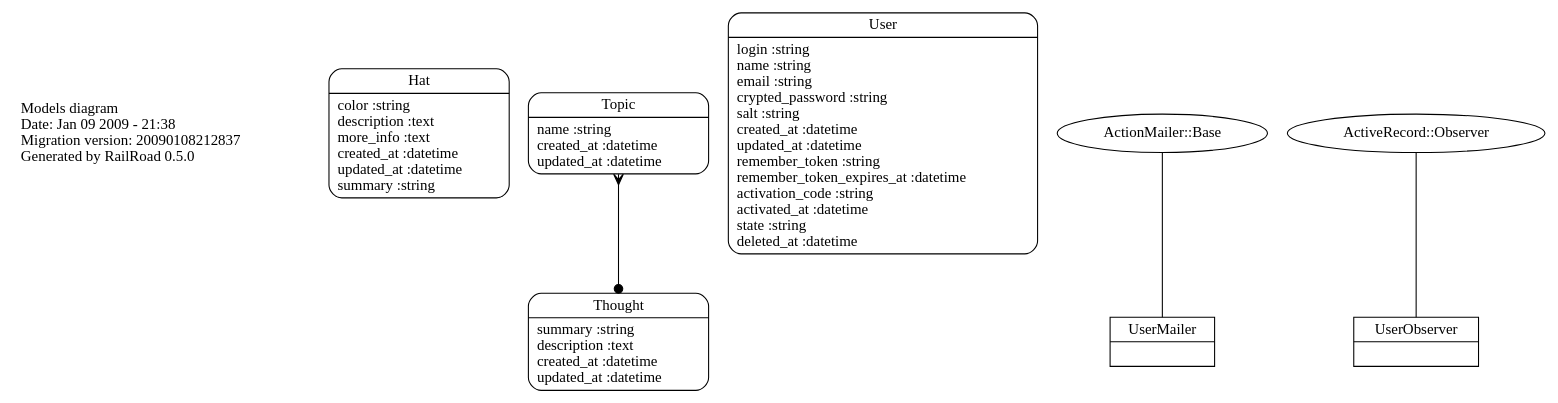
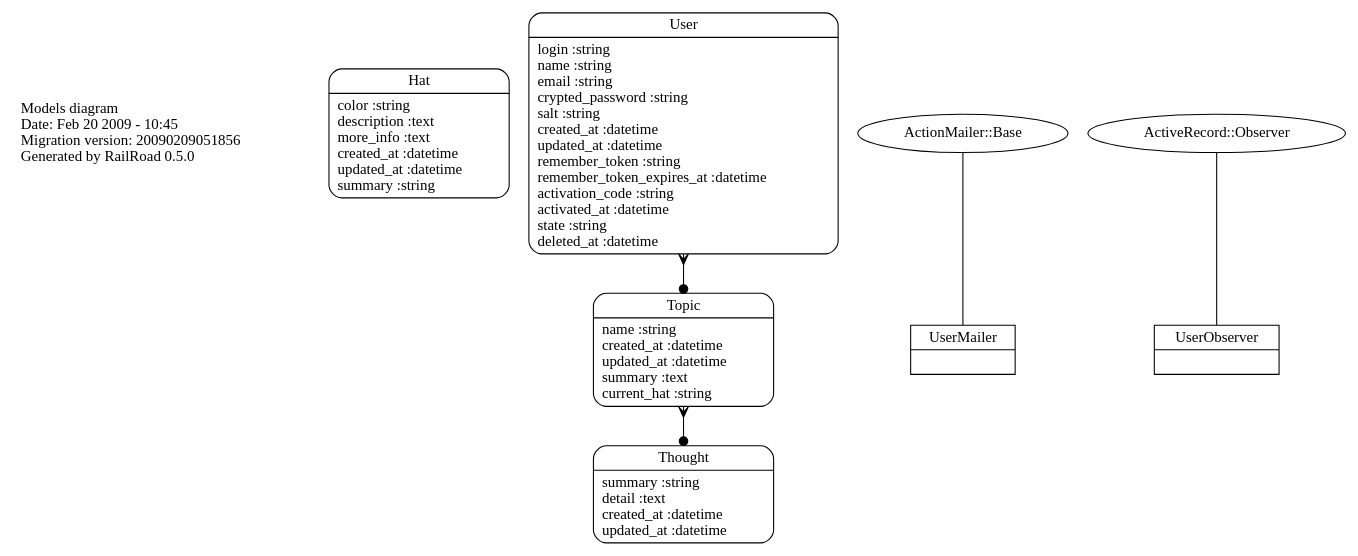
Before and after one commit to rjharmon/6hats: the diagram in doc/models.dot, drawn with Graphviz. The commit also changed 1 other file, not shown here.

Commit message:
Updated graphs

```diff
--- a/doc/models.dot
+++ b/doc/models.dot
@@ -1,13 +1,14 @@
 digraph models_diagram {
 	graph[overlap=false, splines=true]
-	_diagram_info [shape="plaintext", label="Models diagram\lDate: Jan 09 2009 - 21:38\lMigration version: 20090108212837\lGenerated by RailRoad 0.5.0\l", fontsize=14]
+	_diagram_info [shape="plaintext", label="Models diagram\lDate: Feb 20 2009 - 10:45\lMigration version: 20090209051856\lGenerated by RailRoad 0.5.0\l", fontsize=14]
 	"Hat" [shape=Mrecord, label="{Hat|color :string\ldescription :text\lmore_info :text\lcreated_at :datetime\lupdated_at :datetime\lsummary :string\l}"]
-	"Thought" [shape=Mrecord, label="{Thought|summary :string\ldescription :text\lcreated_at :datetime\lupdated_at :datetime\l}"]
-	"Topic" [shape=Mrecord, label="{Topic|name :string\lcreated_at :datetime\lupdated_at :datetime\l}"]
+	"Thought" [shape=Mrecord, label="{Thought|summary :string\ldetail :text\lcreated_at :datetime\lupdated_at :datetime\l}"]
+	"Topic" [shape=Mrecord, label="{Topic|name :string\lcreated_at :datetime\lupdated_at :datetime\lsummary :text\lcurrent_hat :string\l}"]
 	"User" [shape=Mrecord, label="{User|login :string\lname :string\lemail :string\lcrypted_password :string\lsalt :string\lcreated_at :datetime\lupdated_at :datetime\lremember_token :string\lremember_token_expires_at :datetime\lactivation_code :string\lactivated_at :datetime\lstate :string\ldeleted_at :datetime\l}"]
 	"UserMailer" [shape=record, label="{UserMailer|}"]
 	"UserObserver" [shape=record, label="{UserObserver|}"]
 	"Topic" -> "Thought" [arrowtail=crow, arrowhead=dot, dir=both]
+	"User" -> "Topic" [arrowtail=crow, arrowhead=dot, dir=both]
 	"ActionMailer::Base" -> "UserMailer" [label="", arrowhead="none", arrowtail="onormal"]
 	"ActiveRecord::Observer" -> "UserObserver" [label="", arrowhead="none", arrowtail="onormal"]
 }
```
